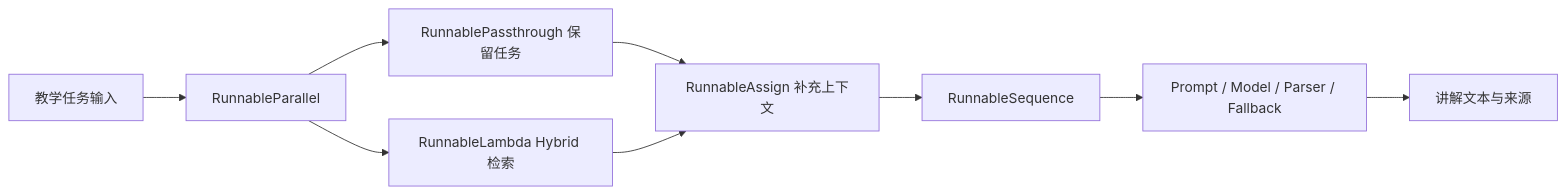
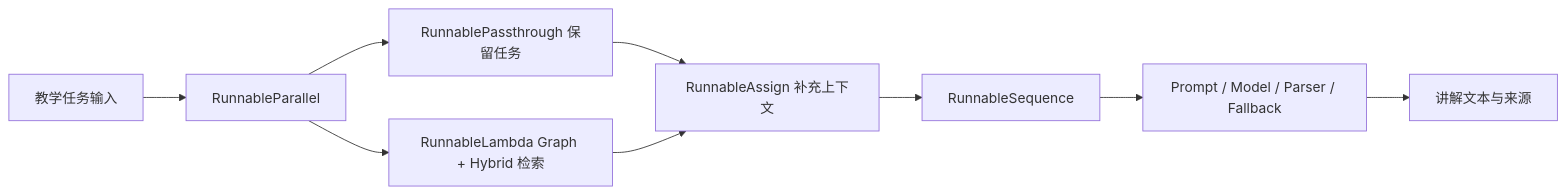
The fifth of 5 diagrams in README.md (gtfy12345/learning-coach), drawn with Mermaid before and after one commit. The commit also changed other lines of this file and 12 other files, not shown here.

Commit message:
feat(graphrag): 完成知识前置图交付

````diff
--- a/README.md
+++ b/README.md
@@ -386,11 +416,11 @@
 ```mermaid
 flowchart LR
     I[教学任务输入] --> P[RunnableParallel]
     P --> K[RunnablePassthrough 保留任务]
-    P --> R[RunnableLambda Hybrid 检索]
+    P --> R[RunnableLambda Graph + Hybrid 检索]
     K --> A[RunnableAssign 补充上下文]
     R --> A
     A --> S[RunnableSequence]
     S --> O[Prompt / Model / Parser / Fallback]
     O --> G[讲解文本与来源]
 ```
````
